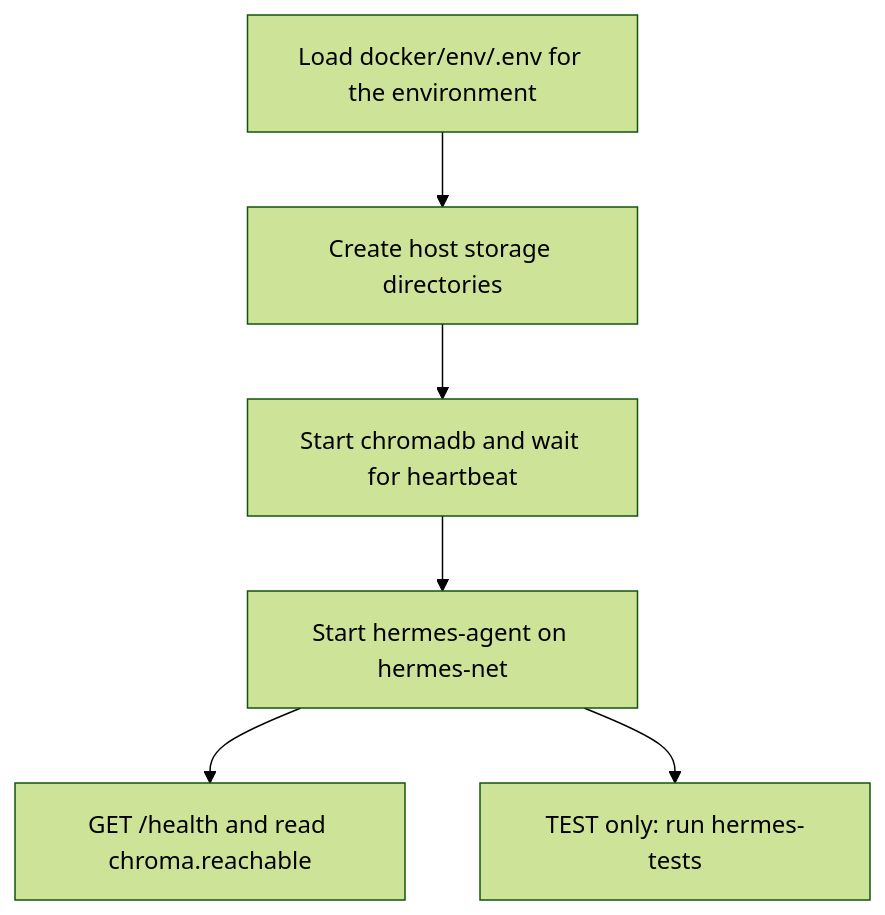
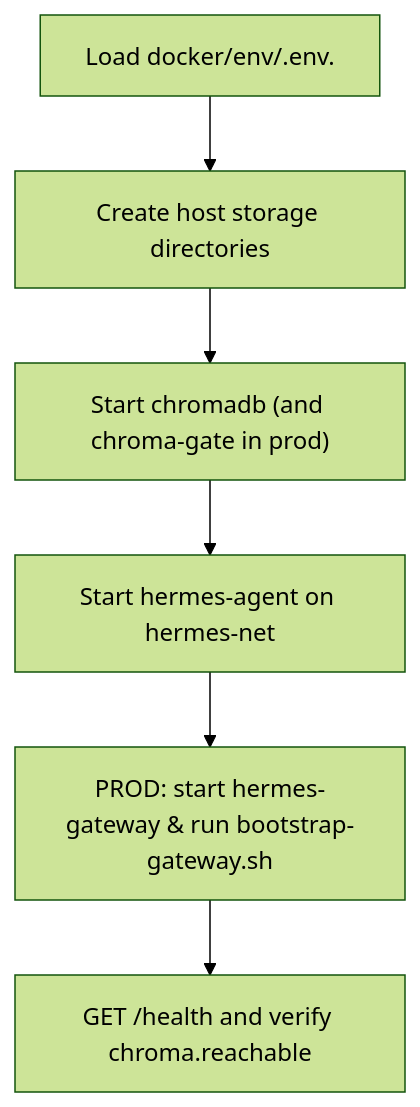
Before and after one commit to Sadramst/hermes-agent: the diagram in storage/skills/bootstrap-hermes-stack/SKILL.md, drawn with Mermaid (forest theme). The commit also changed other lines of this file and 154 other files, not shown here.

````diff
--- a/storage/skills/bootstrap-hermes-stack/SKILL.md
+++ b/storage/skills/bootstrap-hermes-stack/SKILL.md
@@ -31,12 +27,10 @@
 ```mermaid
 flowchart TD
-  loadEnv["Load docker/env/.env for the environment"]
+  loadEnv["Load docker/env/.env.<env>"]
   initDirs["Create host storage directories"]
-  startChroma["Start chromadb and wait for heartbeat"]
+  startChroma["Start chromadb (and chroma-gate in prod)"]
   startAgent["Start hermes-agent on hermes-net"]
-  checkHealth["GET /health and read chroma.reachable"]
-  runTests["TEST only: run hermes-tests"]
-
-  loadEnv --> initDirs --> startChroma --> startAgent --> checkHealth
-  startAgent --> runTests
+  syncGw["PROD: start hermes-gateway & run bootstrap-gateway.sh"]
+  checkHealth["GET /health and verify chroma.reachable"]
+  loadEnv --> initDirs --> startChroma --> startAgent --> syncGw --> checkHealth
 ```
````
